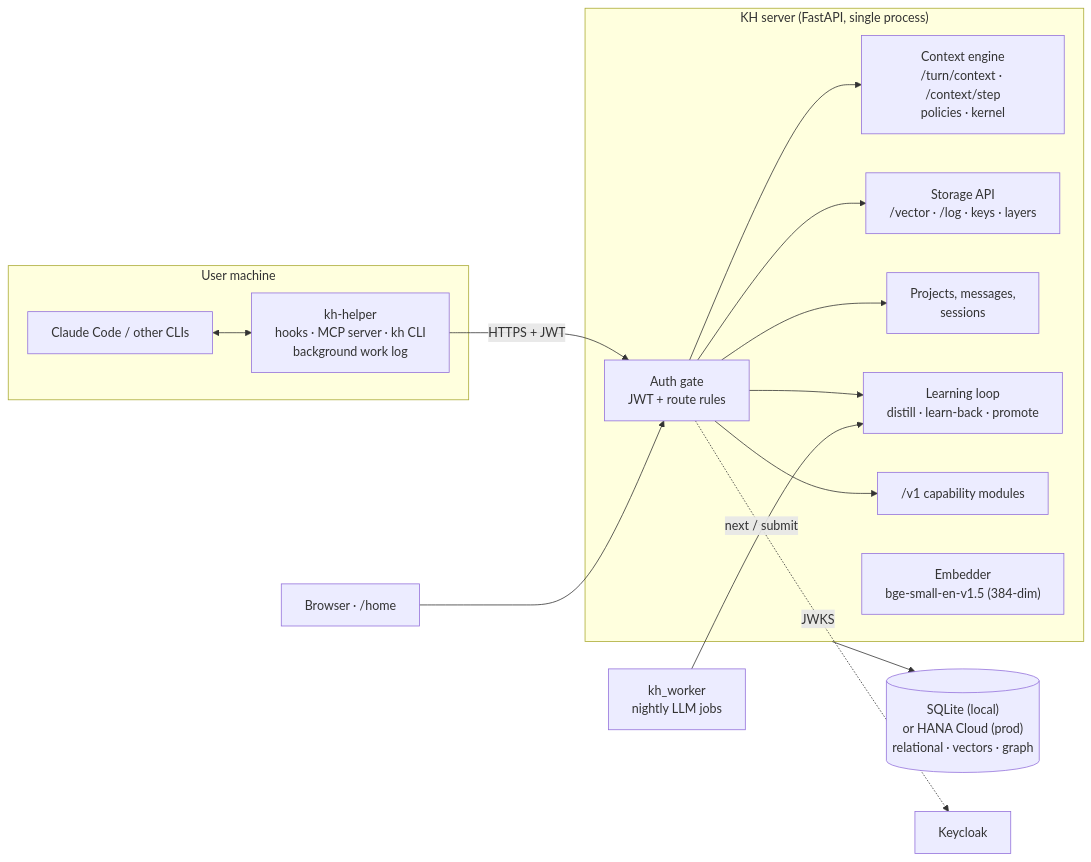
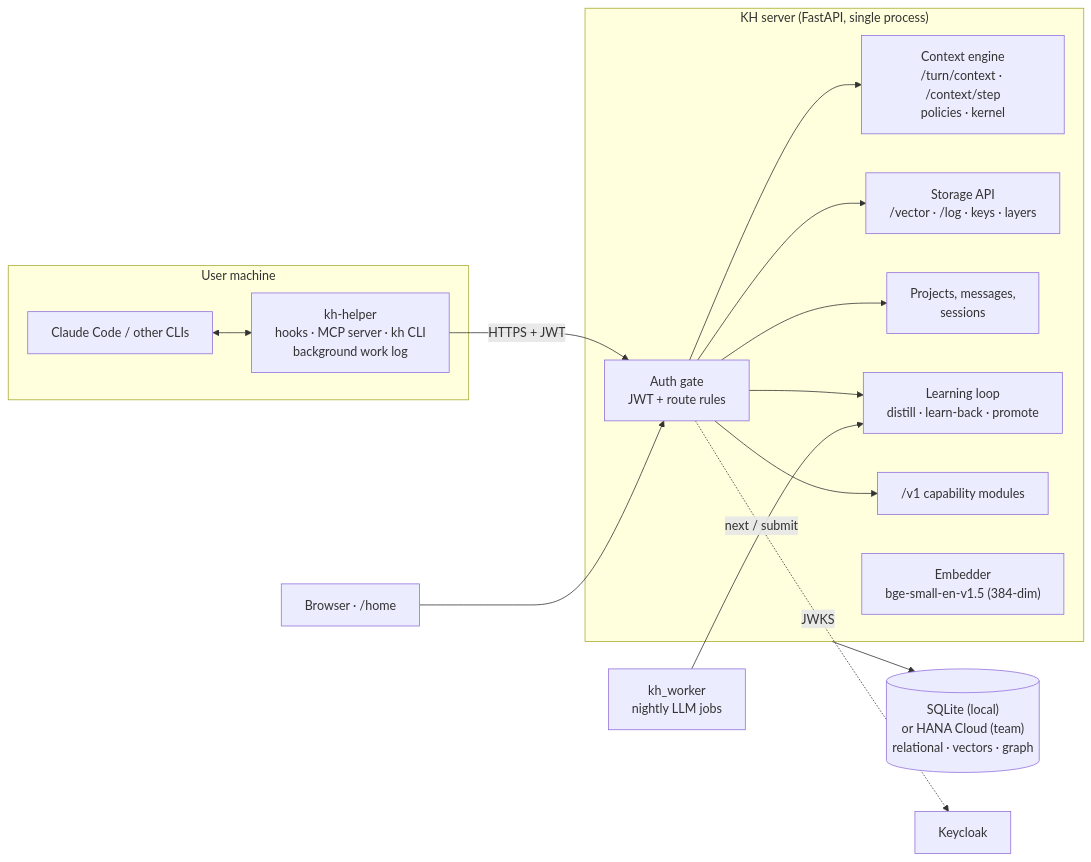
Before and after one commit to ViHa0509/knowlegeHub: the diagram in README.md, drawn with Mermaid. The commit also changed other lines of this file, not shown here.

First line of the commit message:
Describe KH as a team demo in the README

````diff
--- a/README.md
+++ b/README.md
@@ -48,27 +48,27 @@
 ```mermaid
 flowchart LR
     subgraph Client["User machine"]
         CC["Claude Code / other CLIs"]
         H["kh-helper<br/>hooks · MCP server · kh CLI<br/>background work log"]
         CC <--> H
     end
     B["Browser · /home"]
     subgraph Server["KH server (FastAPI, single process)"]
         A["Auth gate<br/>JWT + route rules"]
         CE["Context engine<br/>/turn/context · /context/step<br/>policies · kernel"]
         ST["Storage API<br/>/vector · /log · keys · layers"]
         PP["Projects, messages,<br/>sessions"]
         LL["Learning loop<br/>distill · learn-back · promote"]
         V1["/v1 capability modules"]
         EM["Embedder<br/>bge-small-en-v1.5 (384-dim)"]
     end
-    DB[("SQLite (local)<br/>or HANA Cloud (prod)<br/>relational · vectors · graph")]
+    DB[("SQLite (local)<br/>or HANA Cloud (team)<br/>relational · vectors · graph")]
     KC["Keycloak"]
     W["kh_worker<br/>nightly LLM jobs"]
     H -- "HTTPS + JWT" --> A
     B --> A
     A --> CE & ST & PP & LL & V1
     Server --> DB
     A -. JWKS .-> KC
     W -- "next / submit" --> LL
 ```
````
